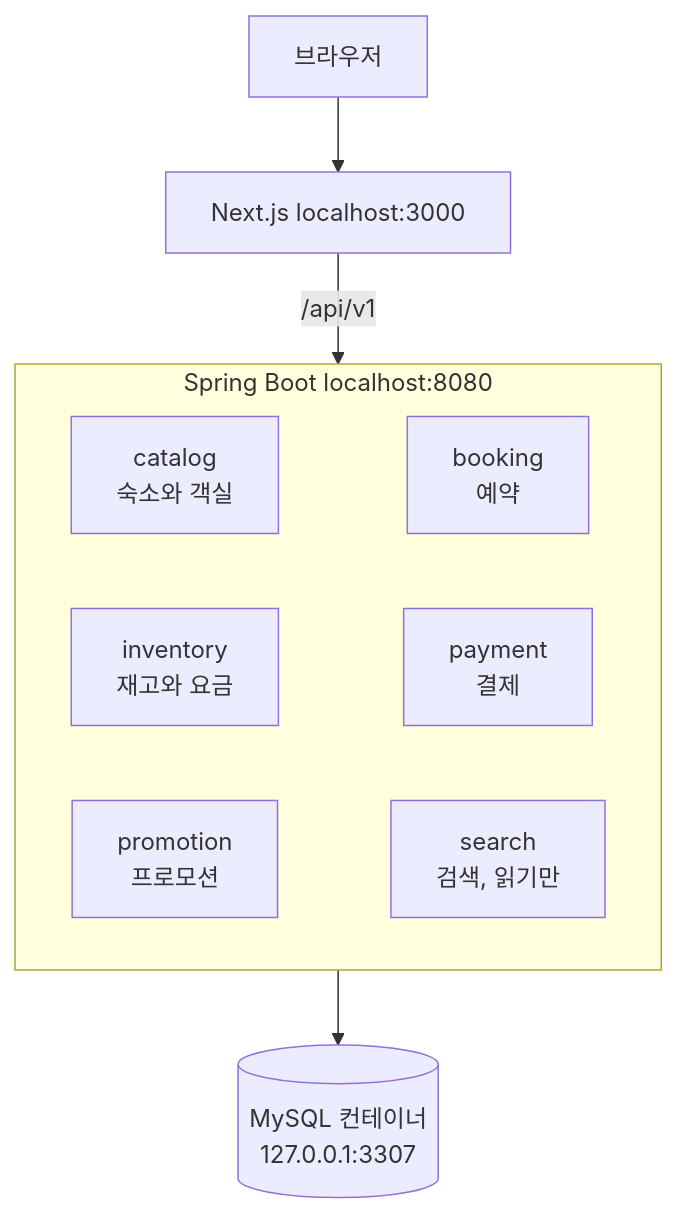
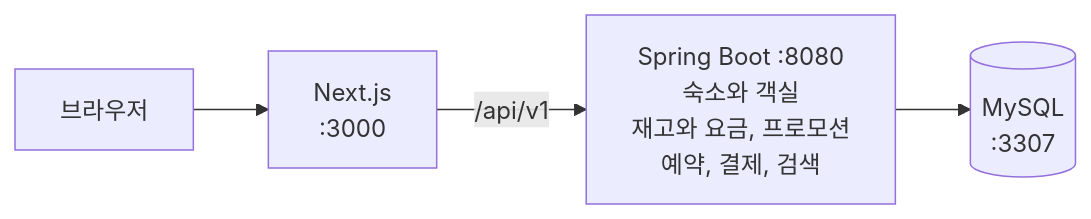
One commit to join5201/stay-booking changed the first of 2 diagrams in README.md. Above: the diagram before and after it, drawn with Mermaid. The commit also changed other lines of this file, not shown here.

````diff
--- a/README.md
+++ b/README.md
@@ -23,10 +23,4 @@
 ```mermaid
-flowchart TB
-  B["브라우저"] --> N["Next.js localhost:3000"] -->|"/api/v1"| S
-  subgraph S["Spring Boot localhost:8080"]
-    CA["catalog<br/>숙소와 객실"] ~~~ BO["booking<br/>예약"]
-    IN["inventory<br/>재고와 요금"] ~~~ PA["payment<br/>결제"]
-    PR["promotion<br/>프로모션"] ~~~ SE["search<br/>검색, 읽기만"]
-  end
-  S --> M[("MySQL 컨테이너<br/>127.0.0.1:3307")]
+flowchart LR
+  B["브라우저"] --> N["Next.js<br/>:3000"] -->|"/api/v1"| S["Spring Boot :8080<br/>숙소와 객실<br/>재고와 요금, 프로모션<br/>예약, 결제, 검색"] --> M[("MySQL<br/>:3307")]
 ```
````
